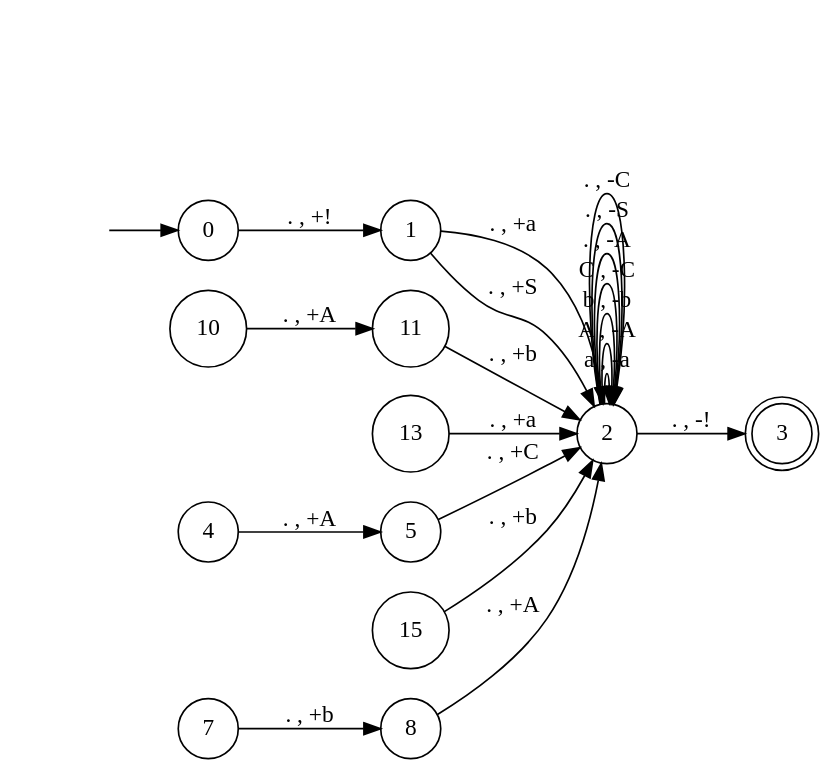
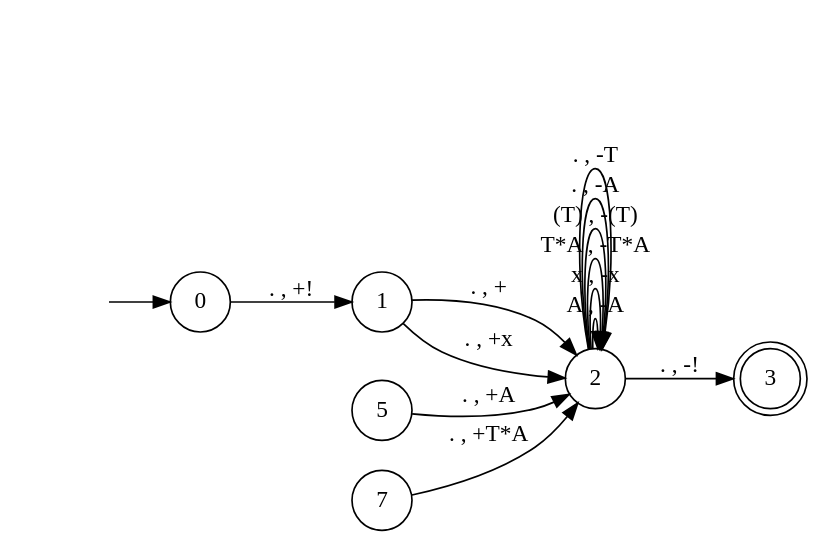
The diagram in output.gv (tsubaric/ToC), drawn with Graphviz before and after one commit. The commit also changed 4 other files, not shown here.

```diff
--- a/output.gv
+++ b/output.gv
@@ -1,27 +1,20 @@
 digraph pda {
 rankdir = LR;
 hidden [shape = plaintext, label = ""];
 node [shape = doublecircle];
 3;
 node [shape = circle];
 hidden -> 0;
-11 -> 2 [label = ". , +b"];
 0 -> 1 [label = ". , +!"];
-1 -> 2 [label = ". , +a"];
-1 -> 2 [label = ". , +S"];
-2 -> 2 [label = "a , -a"];
+1 -> 2 [label = ". , +"];
+1 -> 2 [label = ". , +x"];
 2 -> 2 [label = "A , -A"];
-2 -> 2 [label = "b , -b"];
-2 -> 2 [label = "C , -C"];
+2 -> 2 [label = "x , -x"];
+2 -> 2 [label = "T*A , -T*A"];
+2 -> 2 [label = "(T) , -(T)"];
 2 -> 2 [label = ". , -A"];
-2 -> 2 [label = ". , -S"];
-2 -> 2 [label = ". , -C"];
+2 -> 2 [label = ". , -T"];
 2 -> 3 [label = ". , -!"];
-13 -> 2 [label = ". , +a"];
-4 -> 5 [label = ". , +A"];
-15 -> 2 [label = ". , +b"];
-5 -> 2 [label = ". , +C"];
-7 -> 8 [label = ". , +b"];
-8 -> 2 [label = ". , +A"];
-10 -> 11 [label = ". , +A"];
+5 -> 2 [label = ". , +A"];
+7 -> 2 [label = ". , +T*A"];
 }
```
